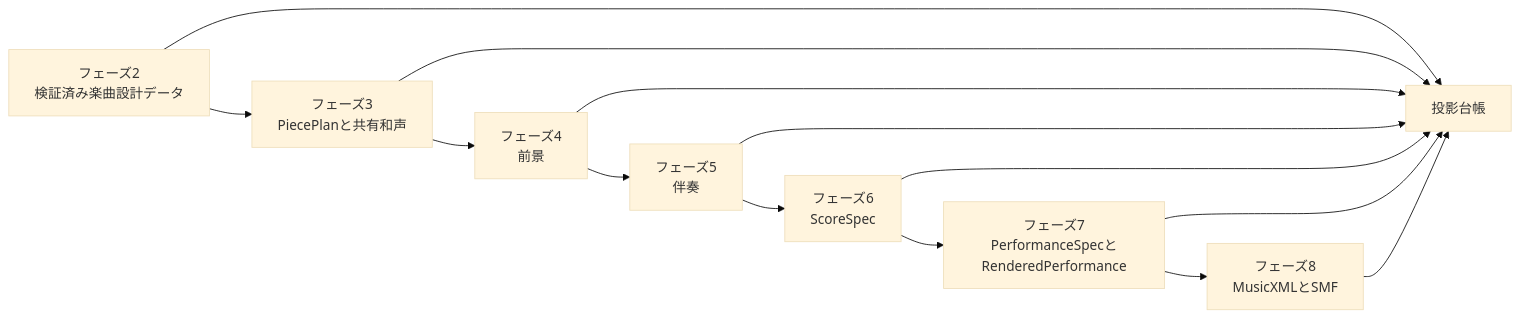
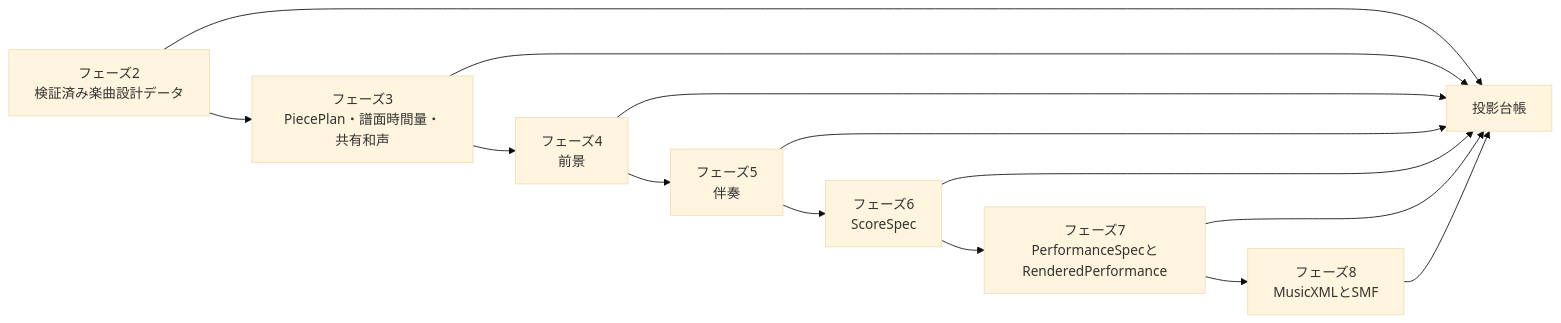
Before and after one commit to AllegroMoltoV/scoim: the diagram in docs/design/performance-generation-pipeline.md, drawn with Mermaid (base theme). The commit also changed other lines of this file and 46 other files, not shown here.

````diff
--- a/docs/design/performance-generation-pipeline.md
+++ b/docs/design/performance-generation-pipeline.md
@@ -7,16 +7,16 @@
 ```mermaid
 flowchart LR
-    A[フェーズ2<br>検証済み楽曲設計データ] --> B[フェーズ3<br>PiecePlanと共有和声]
+    A[フェーズ2<br>検証済み楽曲設計データ] --> B[フェーズ3<br>PiecePlan・譜面時間量・共有和声]
     B --> C[フェーズ4<br>前景]
     C --> D[フェーズ5<br>伴奏]
     D --> E[フェーズ6<br>ScoreSpec]
     E --> F[フェーズ7<br>PerformanceSpecとRenderedPerformance]
     F --> G[フェーズ8<br>MusicXMLとSMF]
     A --> H[投影台帳]
     B --> H
     C --> H
     D --> H
     E --> H
     F --> H
     G --> H
 ```
````
